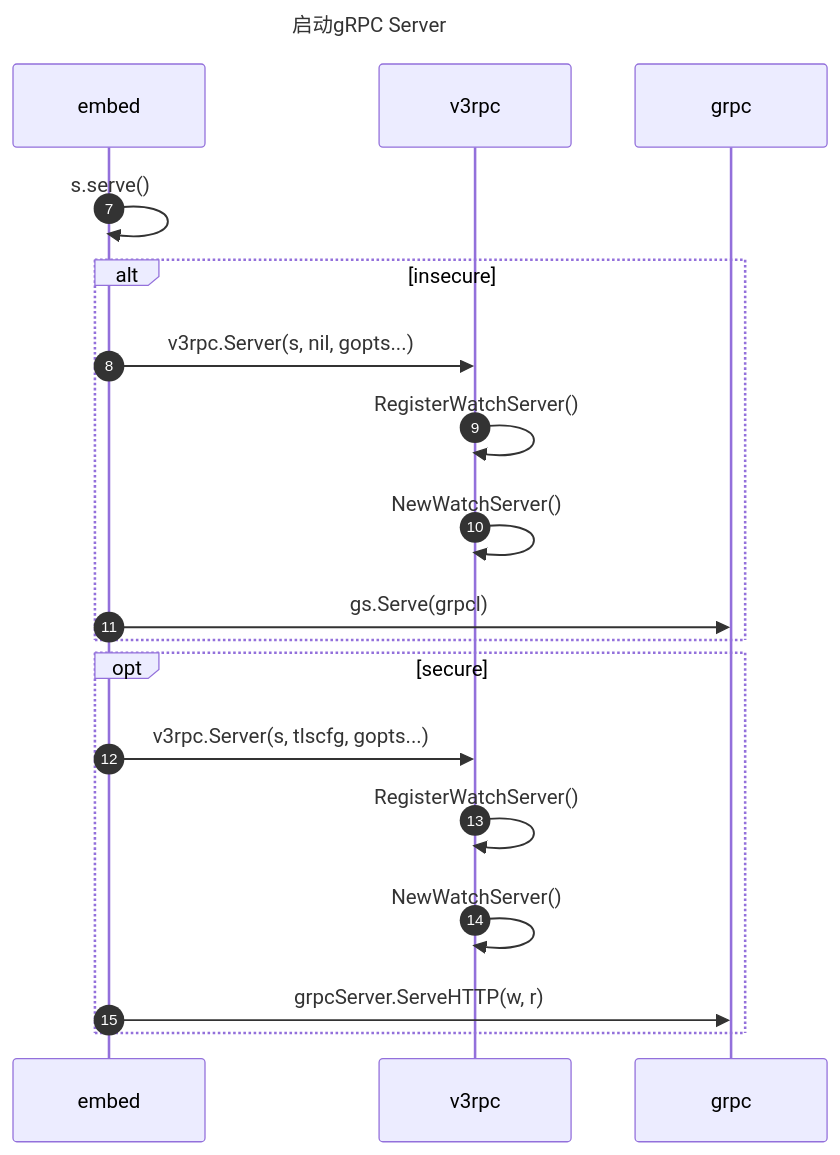
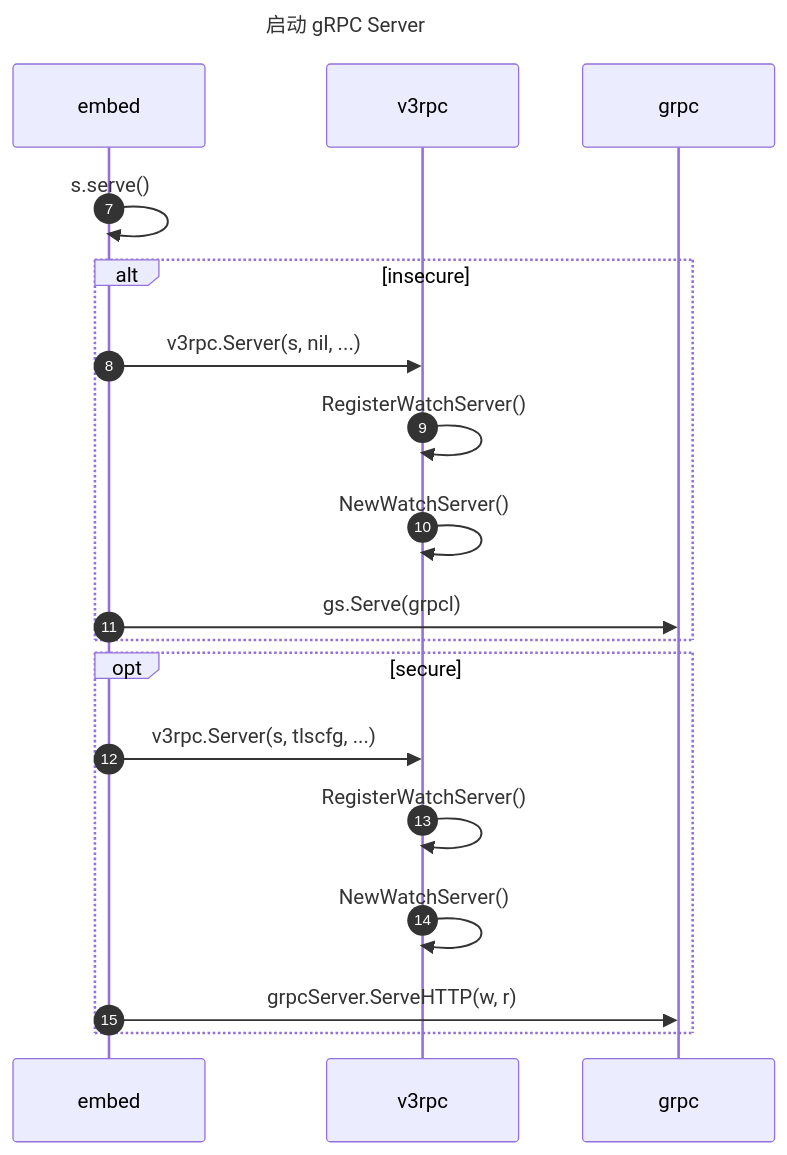
Before and after one commit to kangxiaoning/kangxiaoning.github.io: the second of 12 diagrams in docs/topics/etcd/etcd-watch.md, drawn with Mermaid. The commit also changed other lines of this file, not shown here.

````diff
--- a/docs/topics/etcd/etcd-watch.md
+++ b/docs/topics/etcd/etcd-watch.md
@@ -73,20 +76,20 @@
 ```mermaid
 ---
-title: 启动gRPC Server
+title: 启动 gRPC Server
 ---
 sequenceDiagram
   autonumber 7
     embed->>embed: s.serve()
     alt insecure
-        embed->>v3rpc: v3rpc.Server(s, nil, gopts...)
+        embed->>v3rpc: v3rpc.Server(s, nil, ...)
         v3rpc->>v3rpc: RegisterWatchServer()
         v3rpc->>v3rpc: NewWatchServer()
         embed->>grpc: gs.Serve(grpcl)
     end
     opt secure
-       embed->>v3rpc: v3rpc.Server(s, tlscfg, gopts...)
+       embed->>v3rpc: v3rpc.Server(s, tlscfg, ...)
        v3rpc->>v3rpc: RegisterWatchServer()
        v3rpc->>v3rpc: NewWatchServer()
        embed->>grpc: grpcServer.ServeHTTP(w, r)
     end
 ```
````
